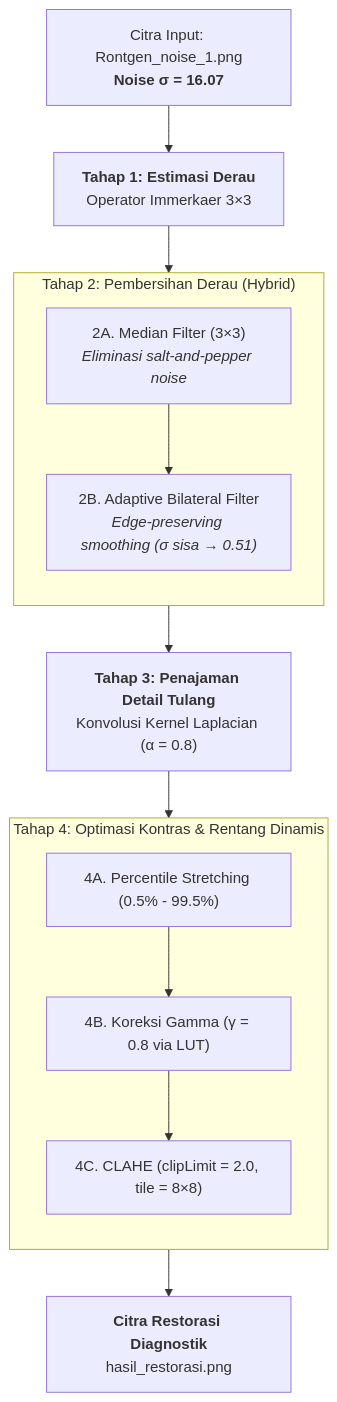
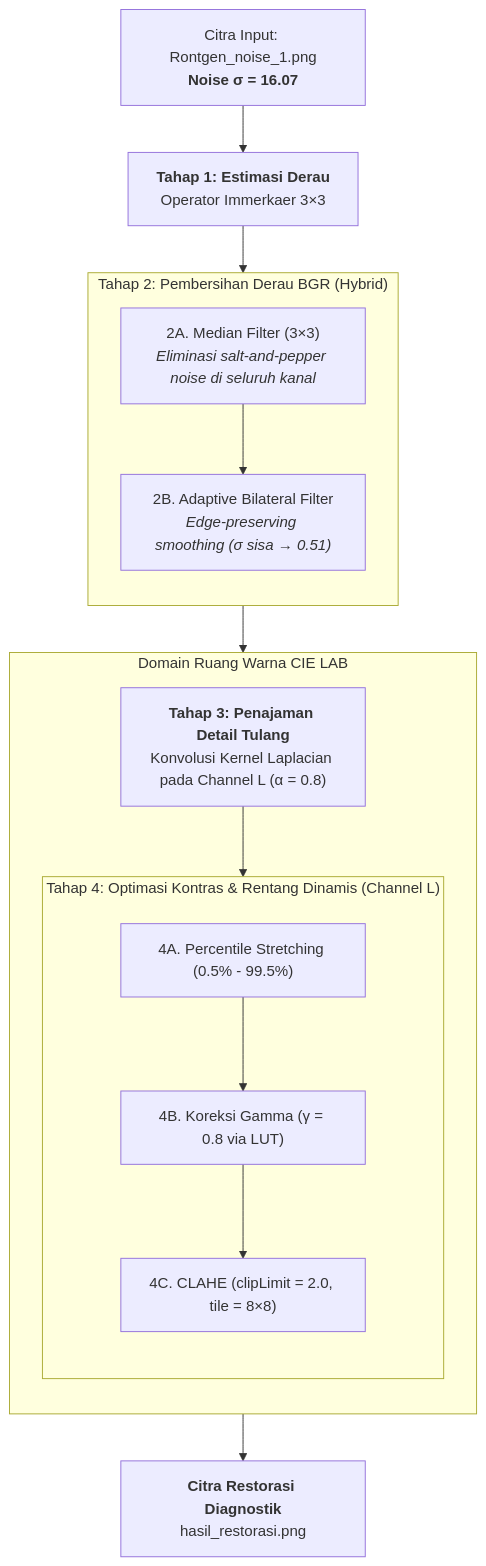
Before and after one commit to Aruh1/aruh1.dev: the diagram in src/content/blog/restorasi-rontgen-thorax/index.md, drawn with Mermaid. The commit also changed other lines of this file and 1 other file, not shown here.

Commit message:
docs(blog): synchronize percentile metrics to P0.5-P99.5, refine CIE LAB domain explanation, and update comparison figure

````diff
--- a/src/content/blog/restorasi-rontgen-thorax/index.md
+++ b/src/content/blog/restorasi-rontgen-thorax/index.md
@@ -41,30 +41,33 @@
 ```mermaid
 flowchart TD
     IN["Citra Input: Rontgen_noise_1.png<br/><b>Noise σ = 16.07</b>"]
     T1["<b>Tahap 1: Estimasi Derau</b><br/>Operator Immerkaer 3×3"]
 
-    subgraph T2 ["Tahap 2: Pembersihan Derau (Hybrid)"]
+    subgraph T2 ["Tahap 2: Pembersihan Derau BGR (Hybrid)"]
         direction TB
-        T2A["2A. Median Filter (3×3)<br/><i>Eliminasi salt-and-pepper noise</i>"]
+        T2A["2A. Median Filter (3×3)<br/><i>Eliminasi salt-and-pepper noise di seluruh kanal</i>"]
         T2B["2B. Adaptive Bilateral Filter<br/><i>Edge-preserving smoothing (σ sisa → 0.51)</i>"]
         T2A --> T2B
     end
 
-    T3["<b>Tahap 3: Penajaman Detail Tulang</b><br/>Konvolusi Kernel Laplacian (α = 0.8)"]
+    subgraph LAB ["Domain Ruang Warna CIE LAB"]
+        direction TB
+        T3["<b>Tahap 3: Penajaman Detail Tulang</b><br/>Konvolusi Kernel Laplacian pada Channel L (α = 0.8)"]
 
-    subgraph T4 ["Tahap 4: Optimasi Kontras & Rentang Dinamis"]
-        direction TB
-        T4A["4A. Percentile Stretching (0.5% - 99.5%)"]
-        T4B["4B. Koreksi Gamma (γ = 0.8 via LUT)"]
-        T4C["4C. CLAHE (clipLimit = 2.0, tile = 8×8)"]
-        T4A --> T4B --> T4C
+        subgraph T4 ["Tahap 4: Optimasi Kontras & Rentang Dinamis (Channel L)"]
+            direction TB
+            T4A["4A. Percentile Stretching (0.5% - 99.5%)"]
+            T4B["4B. Koreksi Gamma (γ = 0.8 via LUT)"]
+            T4C["4C. CLAHE (clipLimit = 2.0, tile = 8×8)"]
+            T4A --> T4B --> T4C
+        end
+        T3 --> T4
     end
 
     OUT["<b>Citra Restorasi Diagnostik</b><br/>hasil_restorasi.png"]
 
     IN --> T1
     T1 --> T2
-    T2 --> T3
-    T3 --> T4
-    T4 --> OUT
+    T2 --> LAB
+    LAB --> OUT
 ```
````
